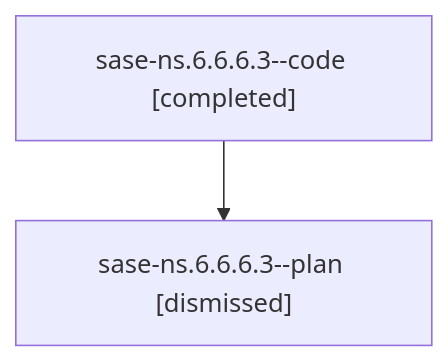
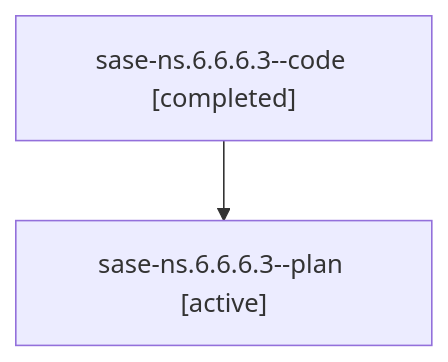
One commit to sase-org/sase--agents changed the diagram in families/bbugyi200.athena.sase-ns.6.6.6.3.md. Above: the diagram before and after it, drawn with Mermaid. The commit also changed other lines of this file and 35830 other files, not shown here.

````diff
--- a/families/bbugyi200.athena.sase-ns.6.6.6.3.md
+++ b/families/bbugyi200.athena.sase-ns.6.6.6.3.md
@@ -9,6 +9,6 @@
 ```mermaid
 flowchart TD
   n0["sase-ns.6.6.6.3--code [completed]"]
-  n1["sase-ns.6.6.6.3--plan [dismissed]"]
+  n1["sase-ns.6.6.6.3--plan [active]"]
   n0 --> n1
 ```
````
